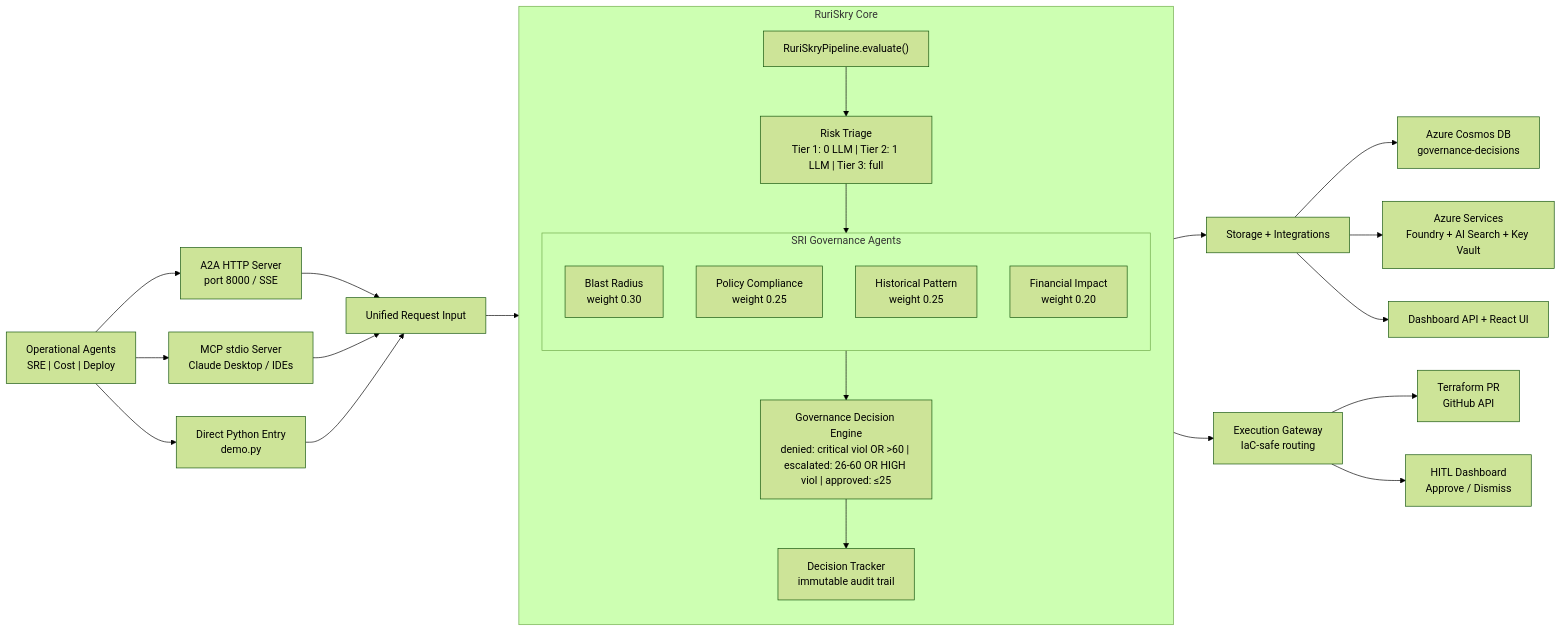
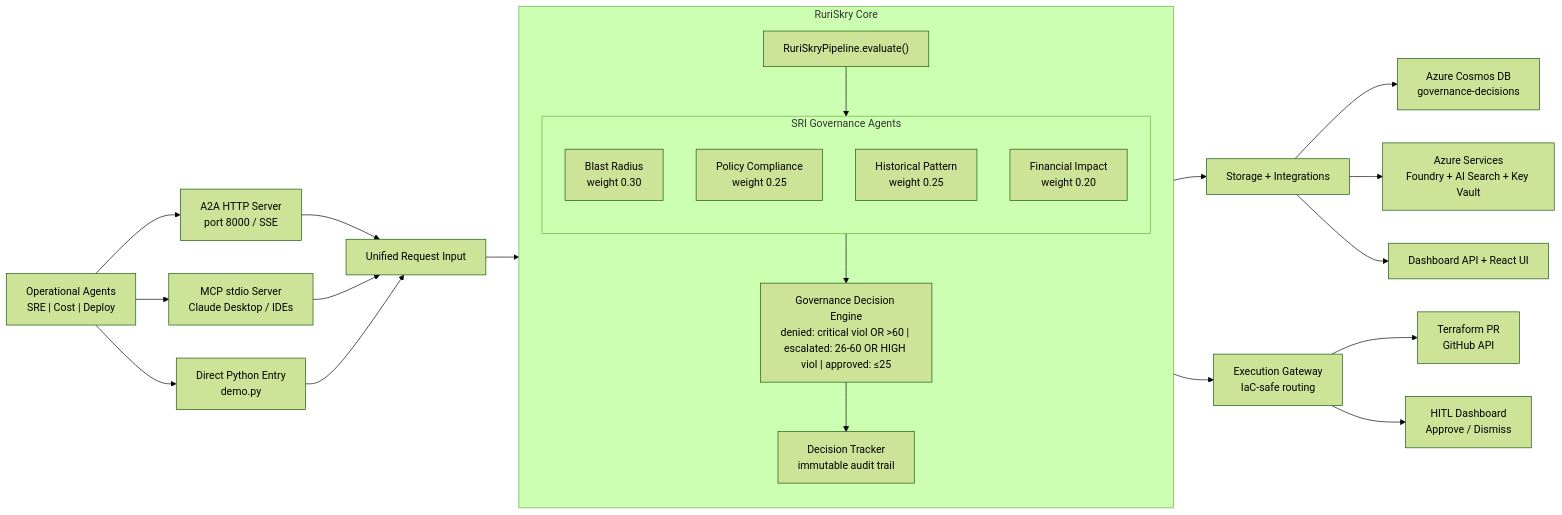
The diagram in README.md (psc0des/sentinellayer), drawn with Mermaid (forest theme) before and after one commit. The commit also changed other lines of this file and 2 other files, not shown here.

Commit message:
chore(demo): hide triage card for hackathon demo, clean README
- Overview.jsx: triage card hidden with {false && ...} — re-enable post-hackathon
- README.md: removed triage mentions from intro and tech stack table (judges may see this)
- STATUS.md: noted card is hidden and why; triage backend remains fully functional

````diff
--- a/README.md
+++ b/README.md
@@ -68,45 +68,44 @@
 ```mermaid
 flowchart LR
     OPS["Operational Agents<br/>SRE | Cost | Deploy"]
     A2A["A2A HTTP Server<br/>port 8000 / SSE"]
     MCP["MCP stdio Server<br/>Claude Desktop / IDEs"]
     PY["Direct Python Entry<br/>demo.py"]
     IN["Unified Request Input"]
 
     OPS --> A2A
     OPS --> MCP
     OPS --> PY
     A2A --> IN
     MCP --> IN
     PY --> IN
 
     subgraph CORE["RuriSkry Core"]
         direction TB
         PIPE["RuriSkryPipeline.evaluate()"]
 
         subgraph GOV["SRI Governance Agents"]
             direction TB
             BR["Blast Radius<br/>weight 0.30"]
             POL["Policy Compliance<br/>weight 0.25"]
             HIST["Historical Pattern<br/>weight 0.25"]
             FIN["Financial Impact<br/>weight 0.20"]
         end
 
-        PIPE --> TRIAGE["Risk Triage<br/>Tier 1: 0 LLM | Tier 2: 1 LLM | Tier 3: full"]
-        TRIAGE --> GOV
+        PIPE --> GOV
         GOV --> ENGINE["Governance Decision Engine<br/>denied: critical viol OR >60 | escalated: 26-60 OR HIGH viol | approved: ≤25"]
         ENGINE --> TRACKER["Decision Tracker<br/>immutable audit trail"]
     end
 
     IN --> PIPE
 
     OUT["Storage + Integrations"]
     TRACKER --> OUT
     OUT --> COSMOS["Azure Cosmos DB<br/>governance-decisions"]
     OUT --> AZURE["Azure Services<br/>Foundry + AI Search + Key Vault"]
     OUT --> DASH["Dashboard API + React UI"]
 
     TRACKER --> EXEC["Execution Gateway<br/>IaC-safe routing"]
     EXEC --> PR["Terraform PR<br/>GitHub API"]
     EXEC --> HITL["HITL Dashboard<br/>Approve / Dismiss"]
 ```
````
